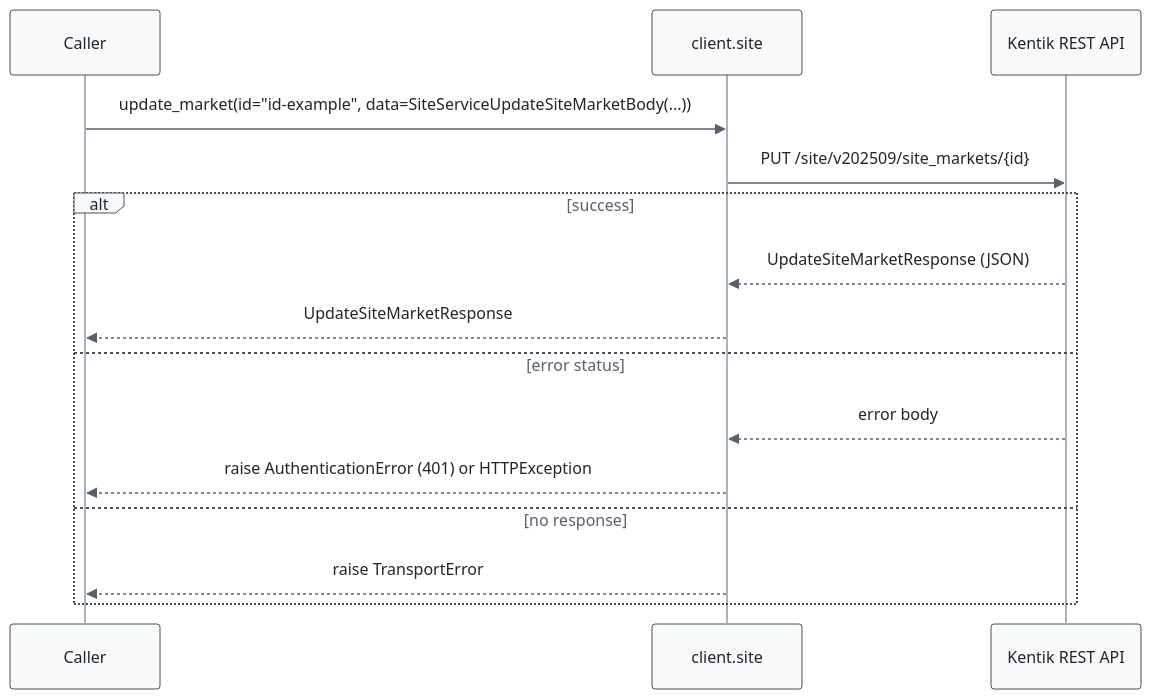
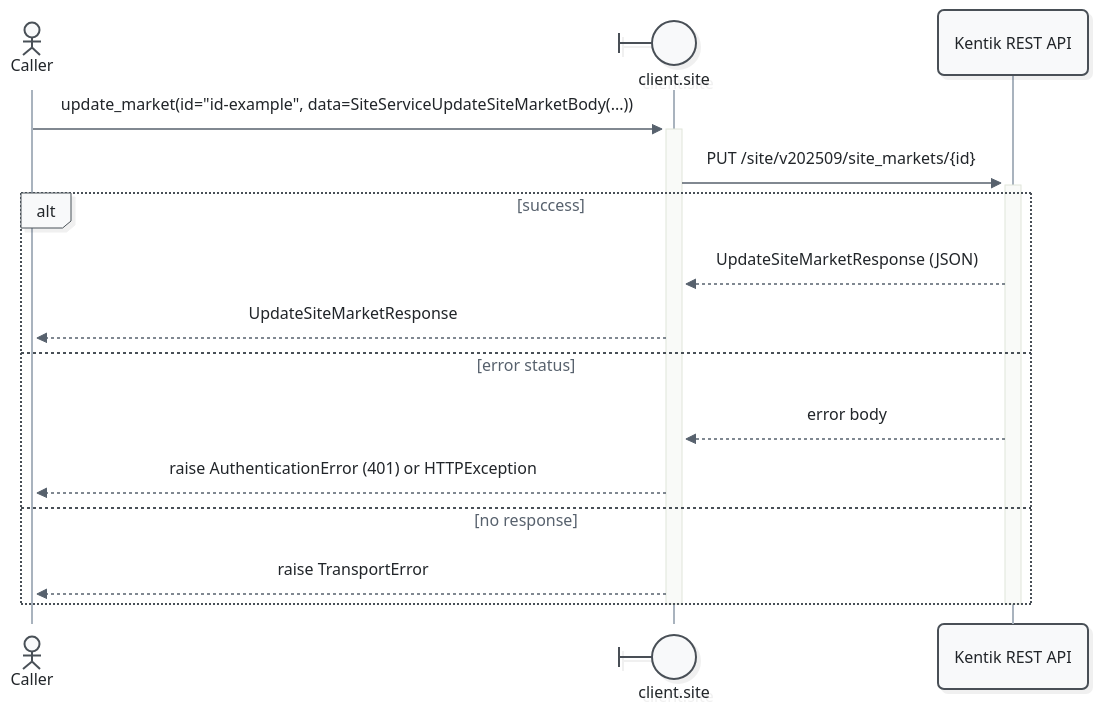
Before and after one commit to alexdearaujo/community_sdk_python: the seventh of 21 diagrams in docs/sphinx/services/site.md, drawn with Mermaid. The commit also changed other lines of this file and 52 other files, not shown here.

First line of the commit message:
docs: Mermaid 12 sequence diagrams with participant types and path colors

````diff
--- a/docs/sphinx/services/site.md
+++ b/docs/sphinx/services/site.md
@@ -260,19 +275,21 @@
 ```mermaid
-%%{init: {"theme": "base", "fontFamily": "ui-monospace, SFMono-Regular, Menlo, monospace", "themeVariables": {"fontFamily": "ui-monospace, SFMono-Regular, Menlo, monospace", "primaryColor": "#f8f9fa", "primaryBorderColor": "#495057", "primaryTextColor": "#212529", "textColor": "#212529", "lineColor": "#77818c", "edgeLabelBackground": "#ffffff", "actorBkg": "#f8f9fa", "actorBorder": "#495057", "actorTextColor": "#212529", "actorLineColor": "#a9b3be", "signalColor": "#57616d", "signalTextColor": "#212529", "labelBoxBkgColor": "#f8f9fa", "labelBoxBorderColor": "#495057", "labelTextColor": "#212529", "loopTextColor": "#57616d", "noteBkgColor": "#fff9db", "noteBorderColor": "#f08c00", "noteTextColor": "#a35a00"}, "flowchart": {"curve": "step", "nodeSpacing": 30, "rankSpacing": 70, "wrappingWidth": 400}}}%%
+%%{init: {"theme": "redux", "look": "neo", "layout": "dagre", "fontFamily": "ui-monospace, SFMono-Regular, Menlo, monospace", "themeVariables": {"fontFamily": "ui-monospace, SFMono-Regular, Menlo, monospace", "primaryColor": "#f8f9fa", "primaryBorderColor": "#495057", "primaryTextColor": "#212529", "textColor": "#212529", "lineColor": "#77818c", "edgeLabelBackground": "#ffffff", "actorBkg": "#f8f9fa", "actorBorder": "#495057", "actorTextColor": "#212529", "actorLineColor": "#a9b3be", "signalColor": "#57616d", "signalTextColor": "#212529", "labelBoxBkgColor": "#f8f9fa", "labelBoxBorderColor": "#495057", "labelTextColor": "#212529", "loopTextColor": "#57616d", "noteBkgColor": "#fff9db", "noteBorderColor": "#f08c00", "noteTextColor": "#a35a00"}, "sequence": {"activationWidth": 16}, "flowchart": {"curve": "step", "nodeSpacing": 30, "rankSpacing": 70, "wrappingWidth": 400}}}%%
 sequenceDiagram
-    participant C as Caller
-    participant W as client.site
+    actor C as Caller
+    participant W@{ "type": "boundary" } as client.site
     participant API as Kentik REST API
 
-    C->>W: update_market(id="id-example", data=SiteServiceUpdateSiteMarketBody(...))
-    W->>API: PUT /site/v202509/site_markets/{id}
+    C->>+W: update_market(id="id-example", data=SiteServiceUpdateSiteMarketBody(...))
+    W->>+API: PUT /site/v202509/site_markets/{id}
     alt success
         API-->>W: UpdateSiteMarketResponse (JSON)
         W-->>C: UpdateSiteMarketResponse
     else error status
         API-->>W: error body
         W-->>C: raise AuthenticationError (401) or HTTPException
     else no response
         W-->>C: raise TransportError
     end
+    deactivate API
+    deactivate W
 ```
````
